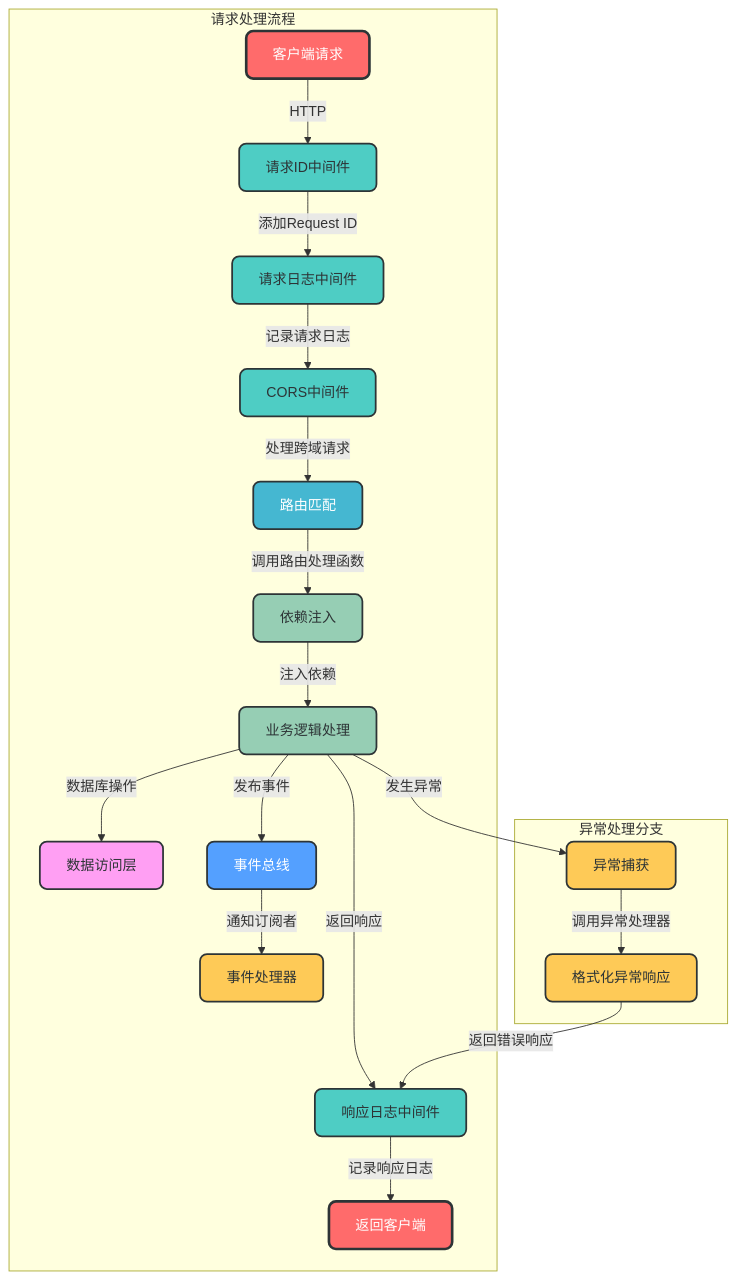
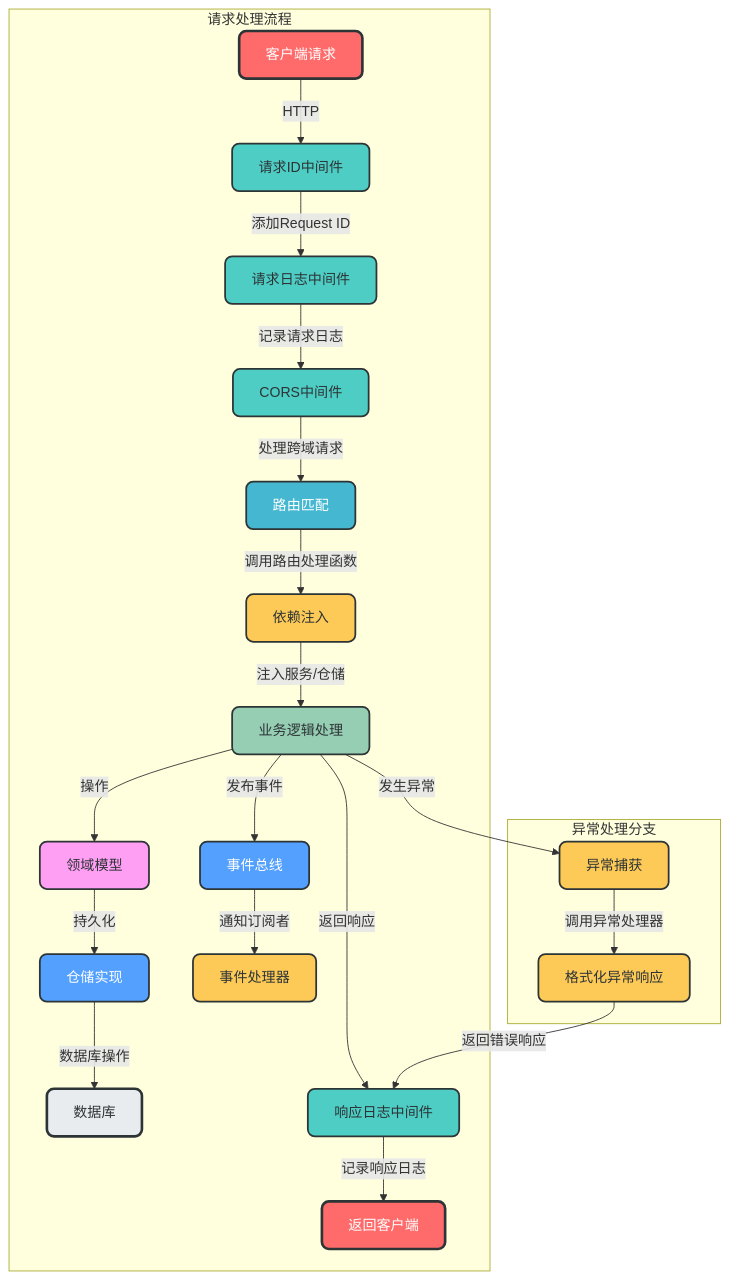
Before and after one commit to amuqiao/fastapi-enterprise-framework-template: the third of 4 diagrams in README.md, drawn with Mermaid. The commit also changed other lines of this file and 3 other files, not shown here.

````diff
--- a/README.md
+++ b/README.md
@@ -100,37 +198,41 @@
 ```mermaid
 flowchart TD
     subgraph 请求处理流程
         A[客户端请求] -->|HTTP| B[请求ID中间件]
         B -->|添加Request ID| C[请求日志中间件]
         C -->|记录请求日志| D[CORS中间件]
         D -->|处理跨域请求| E[路由匹配]
         E -->|调用路由处理函数| F[依赖注入]
-        F -->|注入依赖| G[业务逻辑处理]
-        G -->|数据库操作| H[数据访问层]
-        G -->|发布事件| I[事件总线]
-        I -->|通知订阅者| J[事件处理器]
-        G -->|返回响应| K[响应日志中间件]
-        K -->|记录响应日志| L[返回客户端]
+        F -->|注入服务/仓储| G[业务逻辑处理]
+        G -->|操作| H[领域模型]
+        H -->|持久化| I[仓储实现]
+        I -->|数据库操作| J[数据库]
+        G -->|发布事件| K[事件总线]
+        K -->|通知订阅者| L[事件处理器]
+        G -->|返回响应| M[响应日志中间件]
+        M -->|记录响应日志| N[返回客户端]
     end
 
     subgraph 异常处理分支
-        G -->|发生异常| M[异常捕获]
-        M -->|调用异常处理器| N[格式化异常响应]
-        N -->|返回错误响应| K
+        G -->|发生异常| O[异常捕获]
+        O -->|调用异常处理器| P[格式化异常响应]
+        P -->|返回错误响应| M
     end
 
     style A fill:#FF6B6B,stroke:#2D3436,stroke-width:3px,color:white,rx:8,ry:8
     style B fill:#4ECDC4,stroke:#2D3436,stroke-width:2px,color:#2D3436,rx:8,ry:8
     style C fill:#4ECDC4,stroke:#2D3436,stroke-width:2px,color:#2D3436,rx:8,ry:8
     style D fill:#4ECDC4,stroke:#2D3436,stroke-width:2px,color:#2D3436,rx:8,ry:8
     style E fill:#45B7D1,stroke:#2D3436,stroke-width:2px,color:white,rx:8,ry:8
-    style F fill:#96CEB4,stroke:#2D3436,stroke-width:2px,color:#2D3436,rx:8,ry:8
+    style F fill:#FECA57,stroke:#2D3436,stroke-width:2px,color:#2D3436,rx:8,ry:8
     style G fill:#96CEB4,stroke:#2D3436,stroke-width:2px,color:#2D3436,rx:8,ry:8
     style H fill:#FF9FF3,stroke:#2D3436,stroke-width:2px,color:#2D3436,rx:8,ry:8
     style I fill:#54A0FF,stroke:#2D3436,stroke-width:2px,color:white,rx:8,ry:8
-    style J fill:#FECA57,stroke:#2D3436,stroke-width:2px,color:#2D3436,rx:8,ry:8
-    style K fill:#4ECDC4,stroke:#2D3436,stroke-width:2px,color:#2D3436,rx:8,ry:8
-    style L fill:#FF6B6B,stroke:#2D3436,stroke-width:3px,color:white,rx:8,ry:8
-    style M fill:#FECA57,stroke:#2D3436,stroke-width:2px,color:#2D3436,rx:8,ry:8
-    style N fill:#FECA57,stroke:#2D3436,stroke-width:2px,color:#2D3436,rx:8,ry:8
+    style J fill:#E9ECEF,stroke:#2D3436,stroke-width:3px,color:#2D3436,rx:8,ry:8
+    style K fill:#54A0FF,stroke:#2D3436,stroke-width:2px,color:white,rx:8,ry:8
+    style L fill:#FECA57,stroke:#2D3436,stroke-width:2px,color:#2D3436,rx:8,ry:8
+    style M fill:#4ECDC4,stroke:#2D3436,stroke-width:2px,color:#2D3436,rx:8,ry:8
+    style N fill:#FF6B6B,stroke:#2D3436,stroke-width:3px,color:white,rx:8,ry:8
+    style O fill:#FECA57,stroke:#2D3436,stroke-width:2px,color:#2D3436,rx:8,ry:8
+    style P fill:#FECA57,stroke:#2D3436,stroke-width:2px,color:#2D3436,rx:8,ry:8
 ```
````
